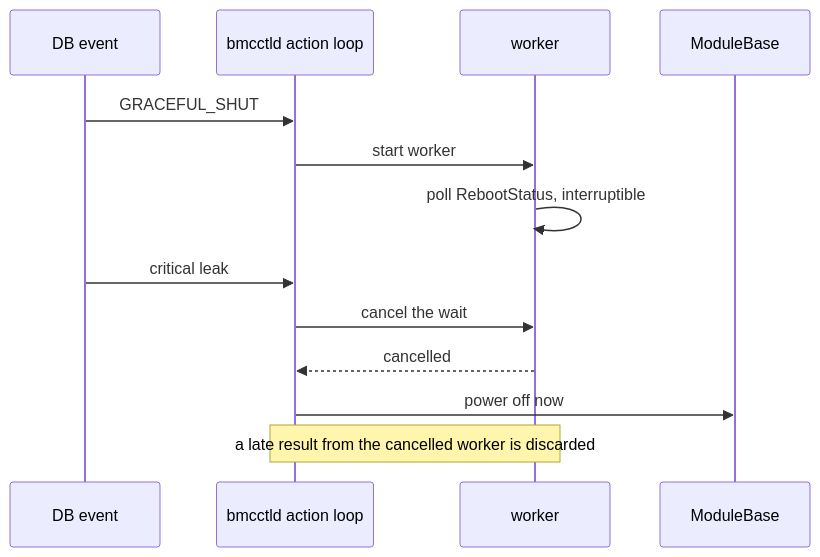
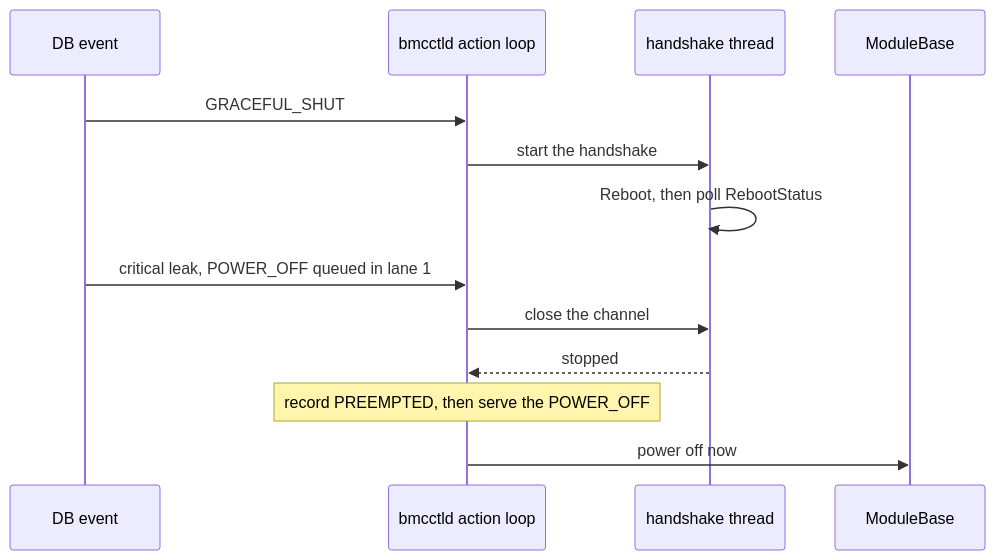
One commit to sonic-net/SONiC changed the fifth of 5 diagrams in doc/bmc/graceful-shutdown/switch-host-graceful-shutdown-hld.md. Above: the diagram before and after it, drawn with Mermaid. The commit also changed other lines of this file, not shown here.

````diff
--- a/doc/bmc/graceful-shutdown/switch-host-graceful-shutdown-hld.md
+++ b/doc/bmc/graceful-shutdown/switch-host-graceful-shutdown-hld.md
@@ -510,15 +510,15 @@
 ```mermaid
 sequenceDiagram
     participant S as DB event
     participant D as bmcctld action loop
-    participant W as worker
+    participant H as handshake thread
     participant M as ModuleBase
     S->>D: GRACEFUL_SHUT
-    D->>W: start worker
-    W->>W: poll RebootStatus, interruptible
-    S->>D: critical leak
-    D->>W: cancel the wait
-    W-->>D: cancelled
+    D->>H: start the handshake
+    H->>H: Reboot, then poll RebootStatus
+    S->>D: critical leak, POWER_OFF queued in lane 1
+    D->>H: close the channel
+    H-->>D: stopped
+    Note over D: record PREEMPTED, then serve the POWER_OFF
     D->>M: power off now
-    Note over D,W: a late result from the cancelled worker is discarded
 ```
````
